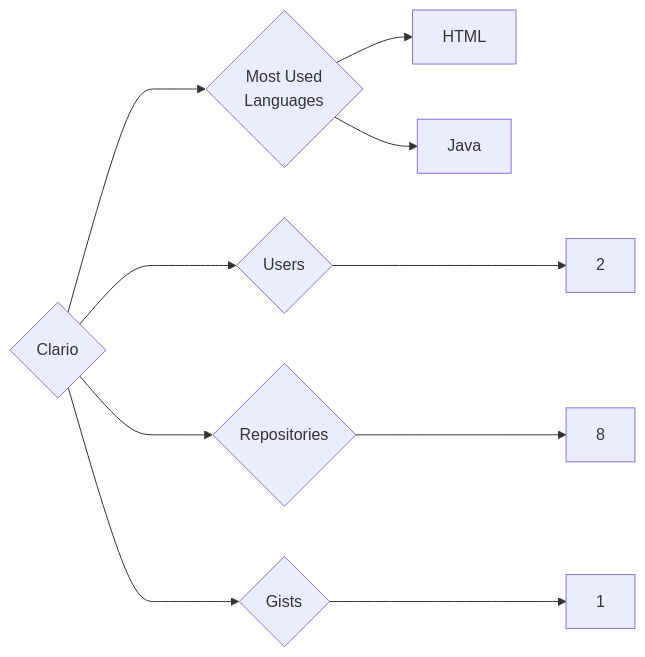
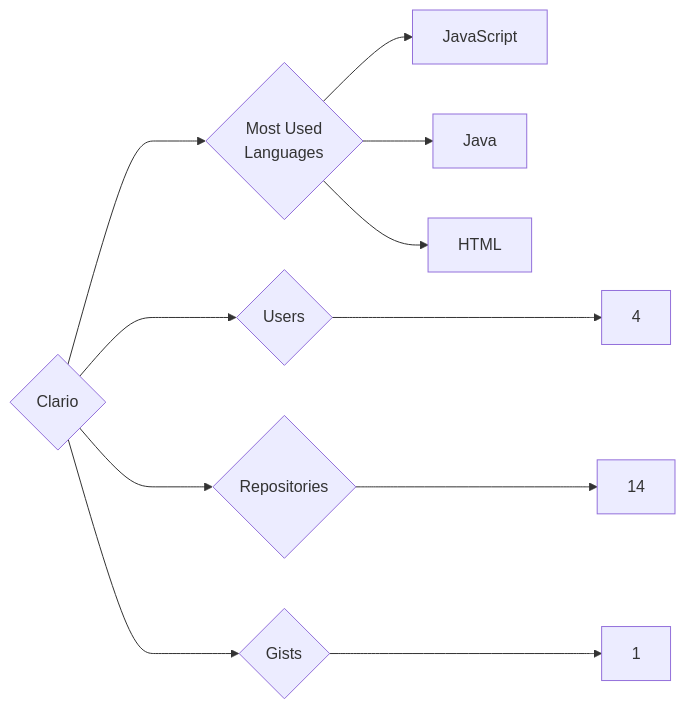
The diagram in targets/Clario/README.md (trickest/insiders), drawn with Mermaid before and after one commit. The commit also changed 859 other files, not shown here.

````diff
--- a/targets/Clario/README.md
+++ b/targets/Clario/README.md
@@ -3,10 +3,11 @@
 ```mermaid
 graph LR
 COMPANY_NAME{Clario}
-COMPANY_NAME ---> U{Users} ---> UN[2]
-COMPANY_NAME ---> R{Repositories} ---> RN[8]
+COMPANY_NAME ---> U{Users} ---> UN[4]
+COMPANY_NAME ---> R{Repositories} ---> RN[14]
 COMPANY_NAME ---> G{Gists} ---> GN[1]
 COMPANY_NAME ---> ML{Most Used<br>Languages}
+ML --> JavaScript[JavaScript]
+ML --> Java[Java]
 ML --> HTML[HTML]
-ML --> Java[Java]
 ```
````
